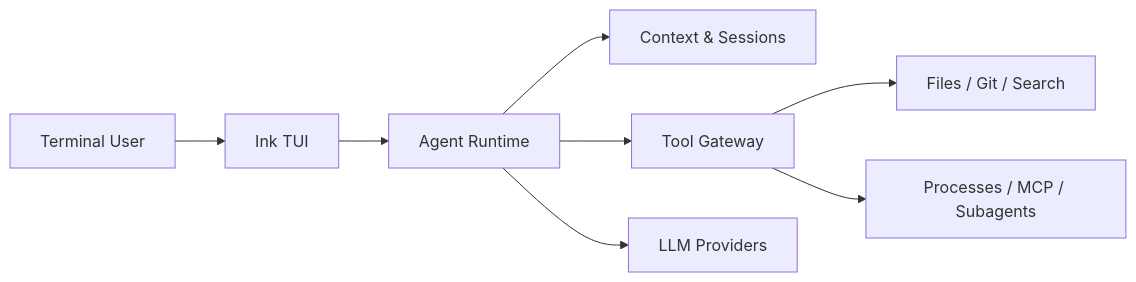
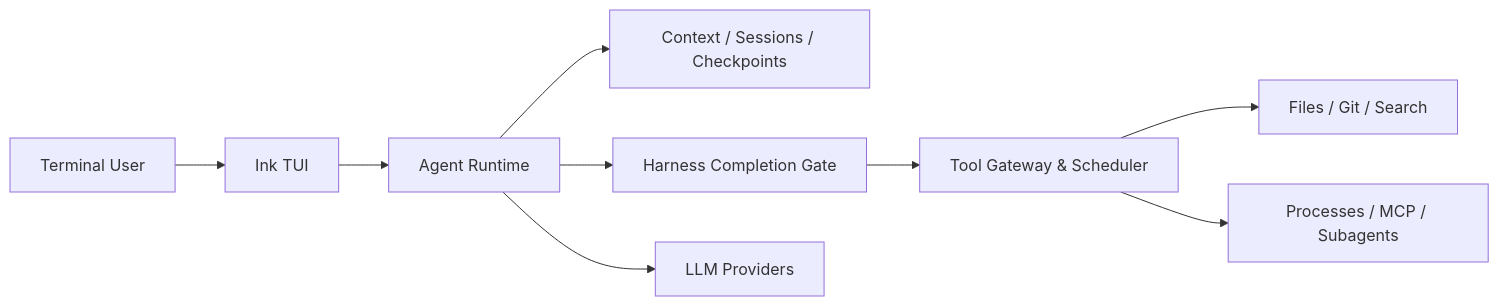
One commit to zzc-101/Kross changed the diagram in README.md. Above: the diagram before and after it, drawn with Mermaid. The commit also changed other lines of this file and 7 other files, not shown here.

````diff
--- a/README.md
+++ b/README.md
@@ -132,10 +135,11 @@
 ```mermaid
 flowchart LR
     U["Terminal User"] --> T["Ink TUI"]
     T --> R["Agent Runtime"]
-    R --> C["Context & Sessions"]
-    R --> G["Tool Gateway"]
+    R --> C["Context / Sessions / Checkpoints"]
+    R --> H["Harness Completion Gate"]
+    H --> G["Tool Gateway & Scheduler"]
     R --> M["LLM Providers"]
     G --> F["Files / Git / Search"]
     G --> P["Processes / MCP / Subagents"]
 ```
````
